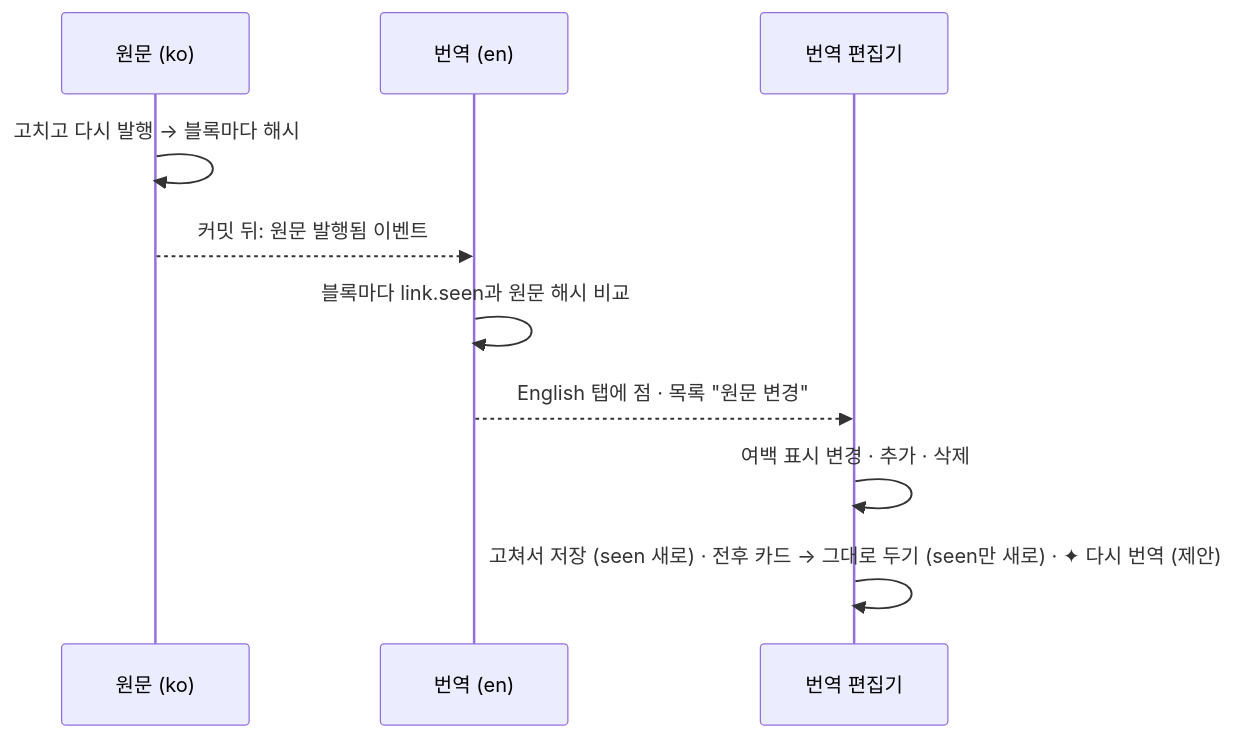
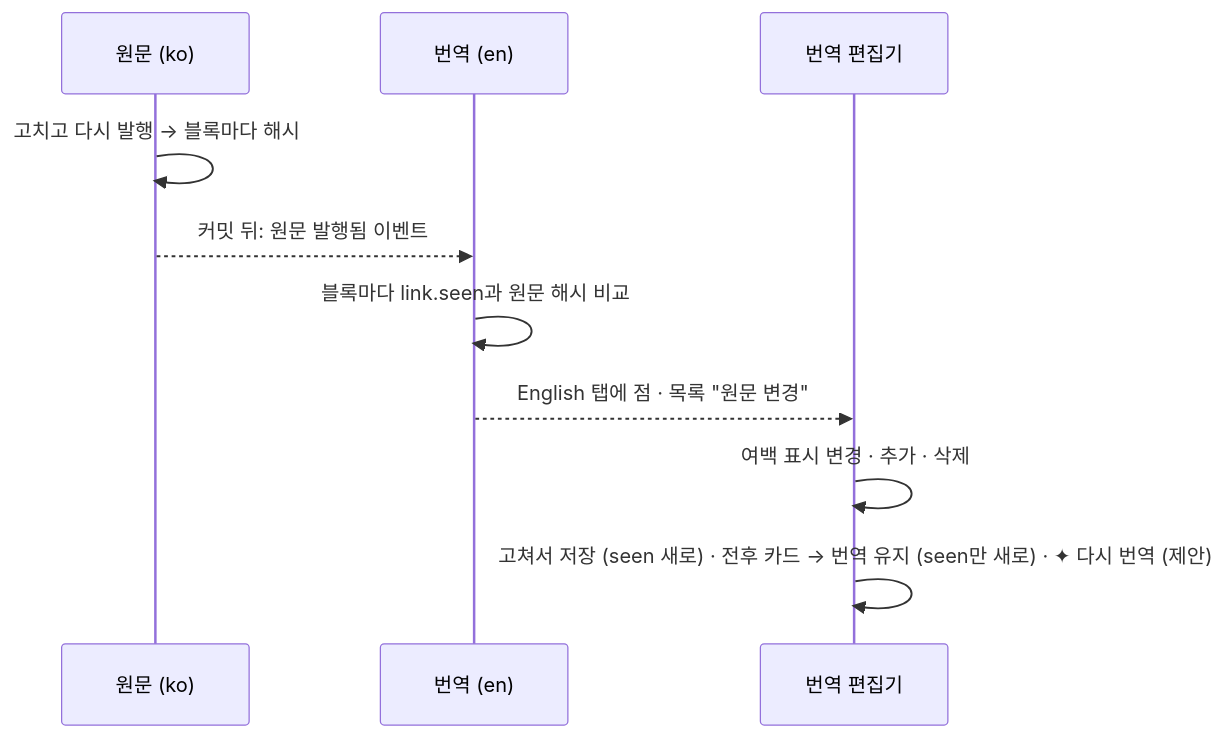
Before and after one commit to monti-cms/monti: the second of 4 diagrams in docs/design/features/04-languages.md, drawn with Mermaid. The commit also changed other lines of this file and 30 other files, not shown here.

````diff
--- a/docs/design/features/04-languages.md
+++ b/docs/design/features/04-languages.md
@@ -75,13 +75,13 @@
 ```mermaid
 sequenceDiagram
   participant S as 원문 (ko)
   participant T as 번역 (en)
   participant E as 번역 편집기
 
   S->>S: 고치고 다시 발행 → 블록마다 해시
   S-->>T: 커밋 뒤: 원문 발행됨 이벤트
   T->>T: 블록마다 link.seen과 원문 해시 비교
   T-->>E: English 탭에 점 · 목록 "원문 변경"
   E->>E: 여백 표시 변경 · 추가 · 삭제
-  E->>E: 고쳐서 저장 (seen 새로) · 전후 카드 → 그대로 두기 (seen만 새로) · ✦ 다시 번역 (제안)
+  E->>E: 고쳐서 저장 (seen 새로) · 전후 카드 → 번역 유지 (seen만 새로) · ✦ 다시 번역 (제안)
 ```
````
